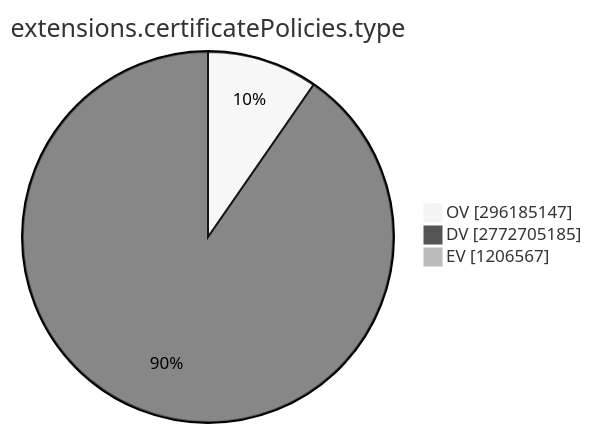
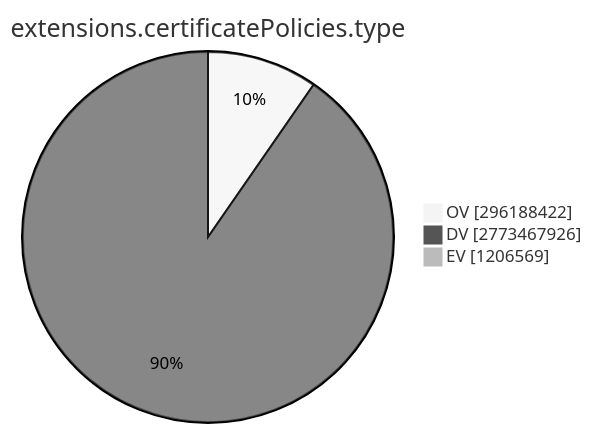
One commit to christiankrug/ctmonitor_visualization changed the ninth of 15 diagrams in TOTAL/README.md. Above: the diagram before and after it, drawn with Mermaid (neutral theme). The commit also changed other lines of this file, not shown here.

````diff
--- a/TOTAL/README.md
+++ b/TOTAL/README.md
@@ -3099,7 +3099,7 @@
 ```mermaid
 pie showData
 title extensions.certificatePolicies.type
-"OV" :296185147
-"DV" :2772705185
-"EV" :1206567
+"OV" :296188422
+"DV" :2773467926
+"EV" :1206569
 ```
````
